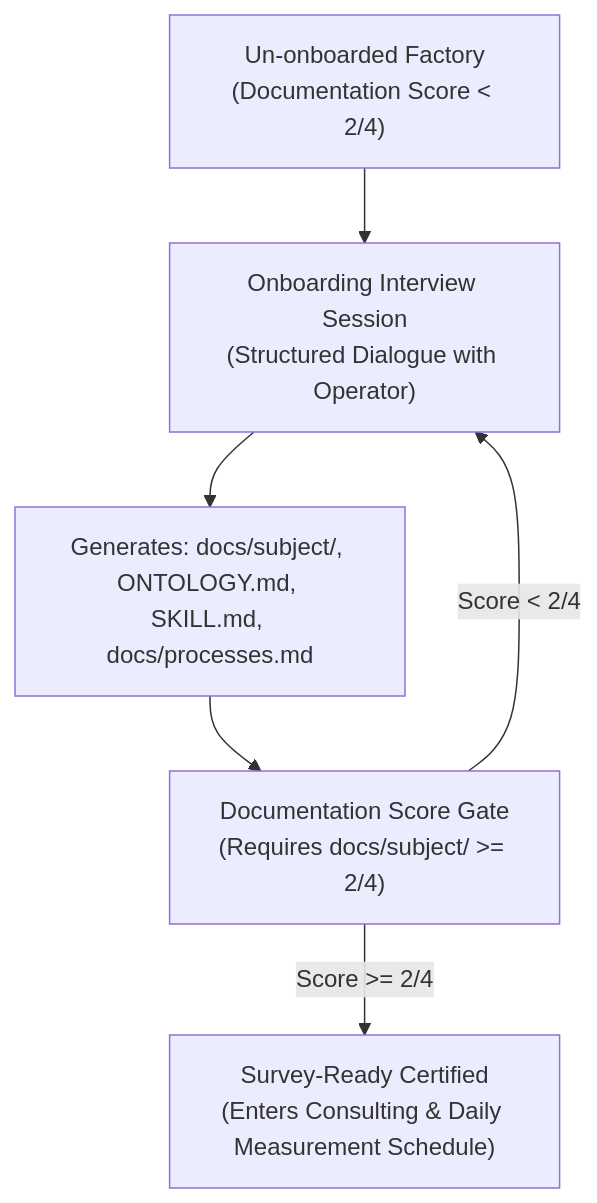
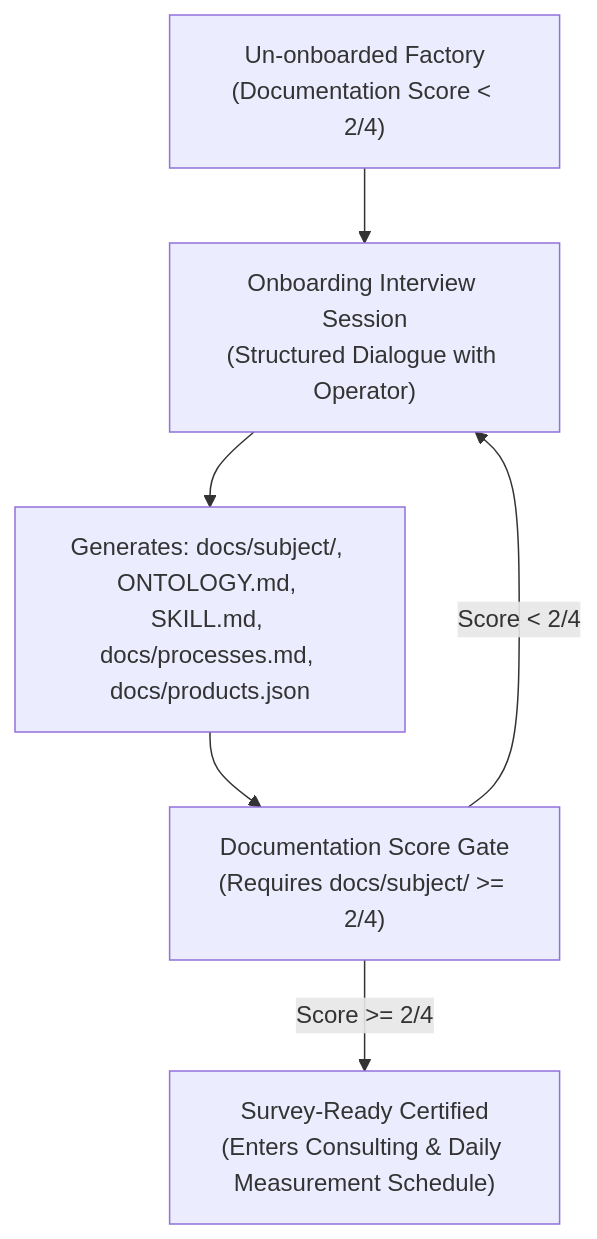
The diagram in docs/methodology/03-documentation-standards.md (leshchenko1979/agent-factories), drawn with Mermaid before and after one commit. The commit also changed other lines of this file and 7 other files, not shown here.

First line of the commit message:
fix(roadmap): make the product declaration factory data, so an un-onboarded factory is red by design

````diff
--- a/docs/methodology/03-documentation-standards.md
+++ b/docs/methodology/03-documentation-standards.md
@@ -37,9 +37,9 @@
 ```mermaid
 flowchart TD
     NewRepo["Un-onboarded Factory<br/>(Documentation Score < 2/4)"] --> Interview["Onboarding Interview Session<br/>(Structured Dialogue with Operator)"]
-    Interview --> DraftDocs["Generates: docs/subject/, ONTOLOGY.md, SKILL.md, docs/processes.md"]
+    Interview --> DraftDocs["Generates: docs/subject/, ONTOLOGY.md, SKILL.md, docs/processes.md, docs/products.json"]
     DraftDocs --> AuditDocs["Documentation Score Gate<br/>(Requires docs/subject/ >= 2/4)"]
     
     AuditDocs -->|Score < 2/4| Interview
     AuditDocs -->|Score >= 2/4| Certified["Survey-Ready Certified<br/>(Enters Consulting & Daily Measurement Schedule)"]
 ```
````
